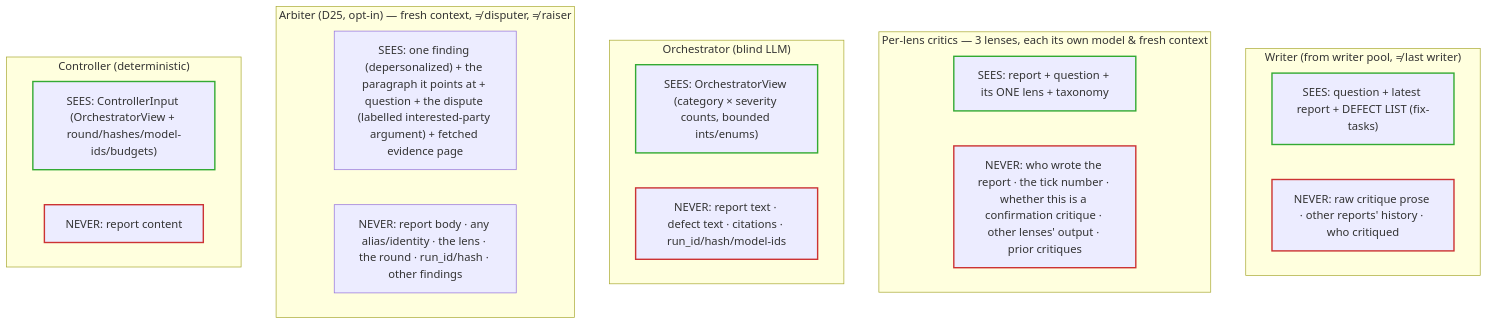
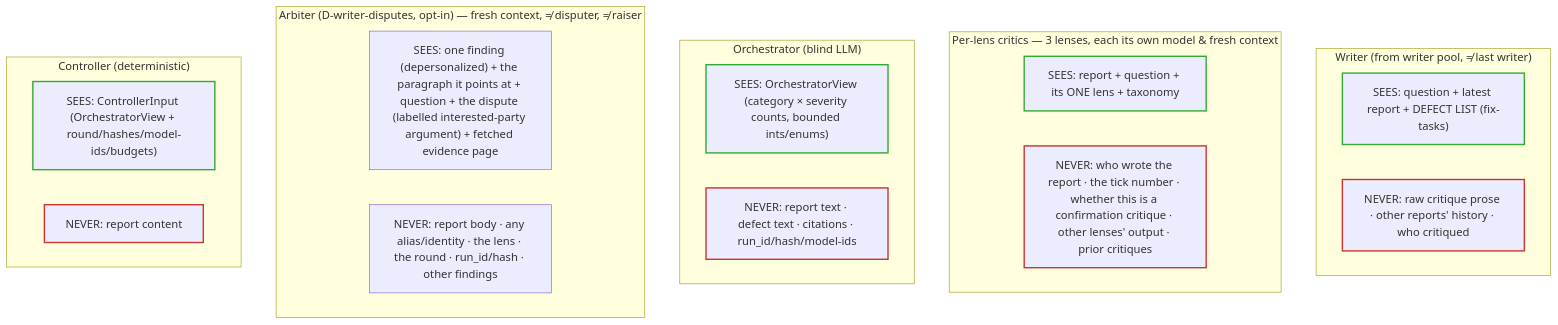
The first of 4 diagrams in docs/isolation.md (NickBorgers/reasonable-answer), drawn with Mermaid before and after one commit. The commit also changed other lines of this file and 88 other files, not shown here.

````diff
--- a/docs/isolation.md
+++ b/docs/isolation.md
@@ -64,32 +64,32 @@
 ```mermaid
 flowchart TB
     subgraph GEN["Writer (from writer pool, ≠ last writer)"]
         Gin["SEES: question + latest report + DEFECT LIST (fix-tasks)"]
         Gno["NEVER: raw critique prose · other reports' history · who critiqued"]
     end
     subgraph CRIT["Per-lens critics — 3 lenses, each its own model &amp; fresh context"]
         Cin["SEES: report + question + its ONE lens + taxonomy"]
         Cno["NEVER: who wrote the report · the tick number · whether this is a confirmation critique · other lenses' output · prior critiques"]
     end
     subgraph ORC["Orchestrator (blind LLM)"]
         Oin["SEES: OrchestratorView (category × severity counts, bounded ints/enums)"]
         Ono["NEVER: report text · defect text · citations · run_id/hash/model-ids"]
     end
-    subgraph ARB["Arbiter (D25, opt-in) — fresh context, ≠ disputer, ≠ raiser"]
+    subgraph ARB["Arbiter (D-writer-disputes, opt-in) — fresh context, ≠ disputer, ≠ raiser"]
         Ain["SEES: one finding (depersonalized) + the paragraph it points at + question + the dispute (labelled interested-party argument) + fetched evidence page"]
         Ano["NEVER: report body · any alias/identity · the lens · the round · run_id/hash · other findings"]
     end
     subgraph CT["Controller (deterministic)"]
         CTin["SEES: ControllerInput (OrchestratorView + round/hashes/model-ids/budgets)"]
         CTno["NEVER: report content"]
     end
 
     %% Stroke only, no fill: a hard-coded pale fill keeps its colour in dark mode while
     %% the label turns light, leaving unreadable text. Leaving the fill alone lets the
     %% renderer pick a background that matches the surrounding page in either theme,
     %% and the see/never distinction rides on the border colour instead.
     classDef see stroke:#3a3,stroke-width:2px;
     classDef no stroke:#c33,stroke-width:2px;
     class Gin,Cin,Oin,CTin see;
     class Gno,Cno,Ono,CTno no;
 ```
````
